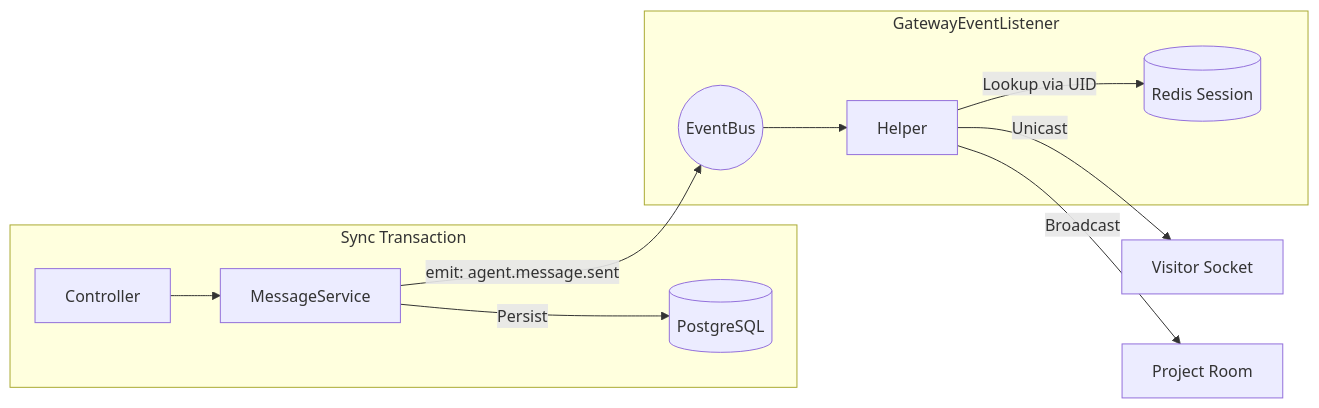
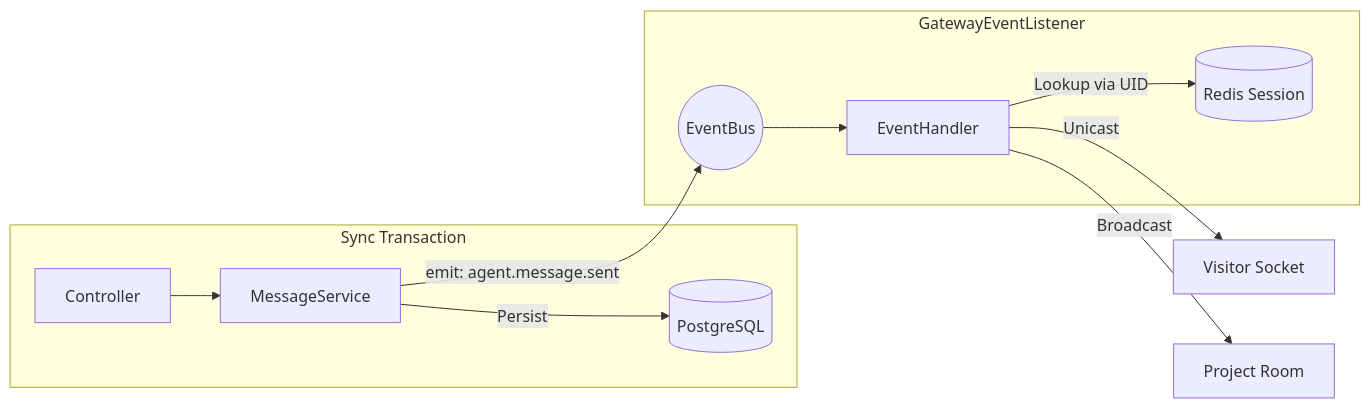
One commit to doananhhung/livechat changed the fourth of 6 diagrams in presentation/pages/hoang.md. Above: the diagram before and after it, drawn with Mermaid. The commit also changed other lines of this file and 6 other files, not shown here.

````diff
--- a/presentation/pages/hoang.md
+++ b/presentation/pages/hoang.md
@@ -110,17 +111,17 @@
 ```mermaid
 flowchart LR
     subgraph Synchronous["Sync Transaction"]
         API[Controller] --> Service[MessageService]
         Service -->|Persist| DB[(PostgreSQL)]
     end
 
     Service -->|emit: agent.message.sent| Bus((EventBus))
     
     subgraph Routing["GatewayEventListener"]
-        Bus --> Listener[Helper]
+        Bus --> Listener[EventHandler]
         Listener -->|Lookup via UID| Sess[(Redis Session)]
     end
 
     Listener -->|Unicast| Visitor[Visitor Socket]
     Listener -->|Broadcast| Room[Project Room]
 ```
````
